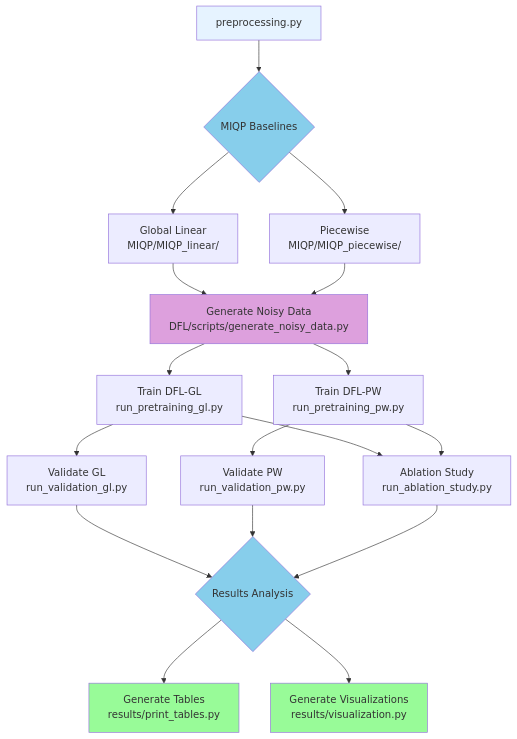
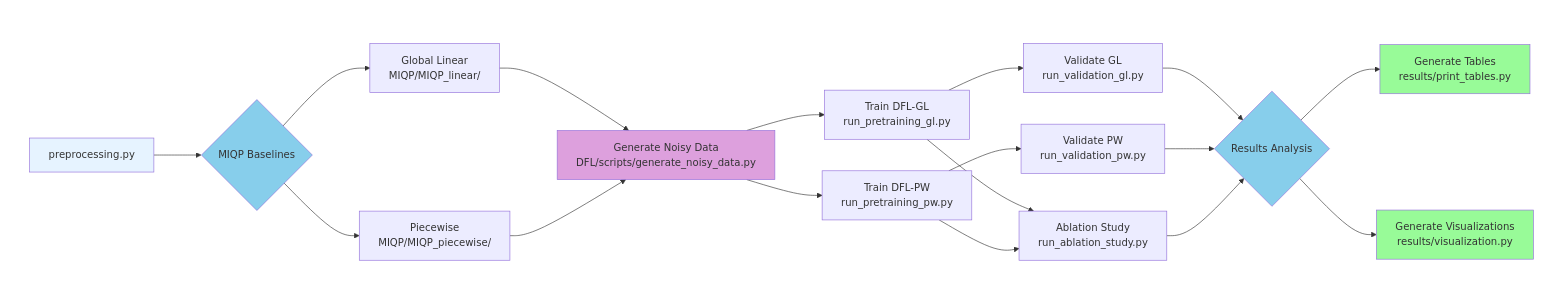
One commit to SOLARIS-JHU/DFL-UPHES changed the first of 2 diagrams in README.md. Above: the diagram before and after it, drawn with Mermaid. The commit also changed other lines of this file, not shown here.

````diff
--- a/README.md
+++ b/README.md
@@ -121,32 +119,35 @@
 ```mermaid
 flowchart TD
-    A[preprocessing.py] --> B{MIQP Baselines}
-    B --> C[Global Linear<br/>MIQP/MIQP_linear/]
-    B --> D[Piecewise<br/>MIQP/MIQP_piecewise/]
+    subgraph WhiteBoard [" "]
+        A[preprocessing.py] --> B{MIQP Baselines}
+        B --> C[Global Linear<br/>MIQP/MIQP_linear/]
+        B --> D[Piecewise<br/>MIQP/MIQP_piecewise/]
 
-    C --> E[Generate Noisy Data<br/>DFL/scripts/generate_noisy_data.py]
-    D --> E
+        C --> E[Generate Noisy Data<br/>DFL/scripts/generate_noisy_data.py]
+        D --> E
 
-    E --> F[Train DFL-GL<br/>run_pretraining_gl.py]
-    E --> G[Train DFL-PW<br/>run_pretraining_pw.py]
+        E --> F[Train DFL-GL<br/>run_pretraining_gl.py]
+        E --> G[Train DFL-PW<br/>run_pretraining_pw.py]
 
-    F --> H[Validate GL<br/>run_validation_gl.py]
-    G --> I[Validate PW<br/>run_validation_pw.py]
+        F --> H[Validate GL<br/>run_validation_gl.py]
+        G --> I[Validate PW<br/>run_validation_pw.py]
 
-    F --> J[Ablation Study<br/>run_ablation_study.py]
-    G --> J
+        F --> J[Ablation Study<br/>run_ablation_study.py]
+        G --> J
 
-    H --> K{Results Analysis}
-    I --> K
-    J --> K
+        H --> K{Results Analysis}
+        I --> K
+        J --> K
 
-    K --> L[Generate Tables<br/>results/print_tables.py]
-    K --> M[Generate Visualizations<br/>results/visualization.py]
+        K --> L[Generate Tables<br/>results/print_tables.py]
+        K --> M[Generate Visualizations<br/>results/visualization.py]
+    end
 
+    style WhiteBoard fill:#ffffff,stroke:#ffffff
     style A fill:#E6F3FF
     style B fill:#87CEEB
     style E fill:#DDA0DD
     style K fill:#87CEEB
     style L fill:#98FB98
     style M fill:#98FB98
 ```
````
